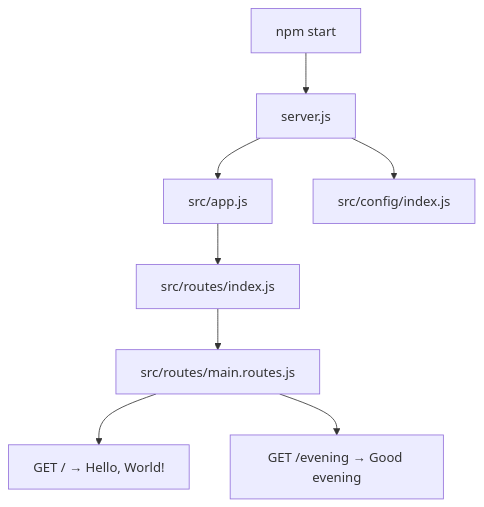
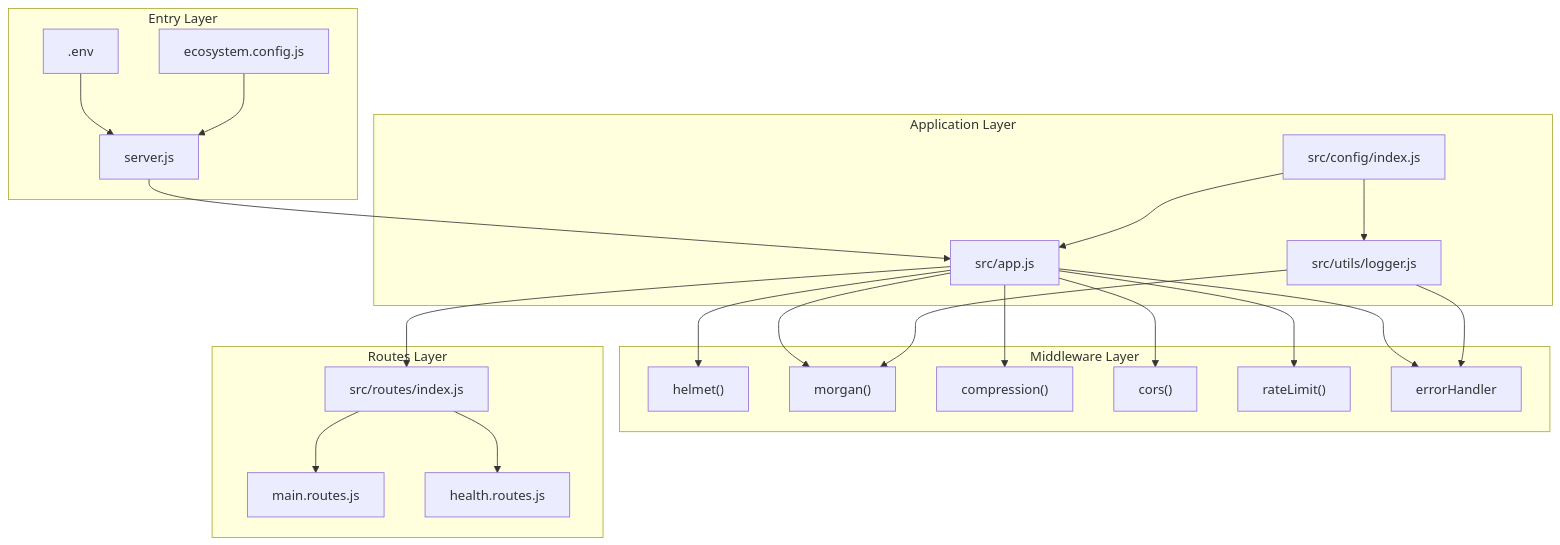
The diagram in blitzy/documentation/Technical Specifications.md (sudhanshu-spec/test-spec), drawn with Mermaid before and after one commit. The commit also changed other lines of this file, not shown here.

````diff
--- a/blitzy/documentation/Technical Specifications.md
+++ b/blitzy/documentation/Technical Specifications.md
@@ -406,10 +609,49 @@
 ```mermaid
-graph TD
-    A[npm start] --> B[server.js]
-    B --> C[src/app.js]
-    C --> D[src/routes/index.js]
-    D --> E[src/routes/main.routes.js]
-    B --> F[src/config/index.js]
-    E --> G["GET / → Hello, World!"]
-    E --> H["GET /evening → Good evening"]
+graph TB
+    subgraph Entry ["Entry Layer"]
+        ENV[".env"]
+        SERVER["server.js"]
+        ECOSYSTEM["ecosystem.config.js"]
+    end
+    
+    subgraph App ["Application Layer"]
+        APP["src/app.js"]
+        CONFIG["src/config/index.js"]
+        LOGGER["src/utils/logger.js"]
+    end
+    
+    subgraph Middleware ["Middleware Layer"]
+        HELMET["helmet()"]
+        MORGAN["morgan()"]
+        COMPRESS["compression()"]
+        CORS["cors()"]
+        RATELIMIT["rateLimit()"]
+        ERRORHANDLER["errorHandler"]
+    end
+    
+    subgraph Routes ["Routes Layer"]
+        ROUTES_INDEX["src/routes/index.js"]
+        MAIN_ROUTES["main.routes.js"]
+        HEALTH_ROUTES["health.routes.js"]
+    end
+    
+    ENV --> SERVER
+    SERVER --> APP
+    ECOSYSTEM --> SERVER
+    CONFIG --> APP
+    CONFIG --> LOGGER
+    
+    APP --> HELMET
+    APP --> MORGAN
+    APP --> COMPRESS
+    APP --> CORS
+    APP --> RATELIMIT
+    APP --> ROUTES_INDEX
+    APP --> ERRORHANDLER
+    
+    LOGGER --> MORGAN
+    LOGGER --> ERRORHANDLER
+    
+    ROUTES_INDEX --> MAIN_ROUTES
+    ROUTES_INDEX --> HEALTH_ROUTES
 ```
````
